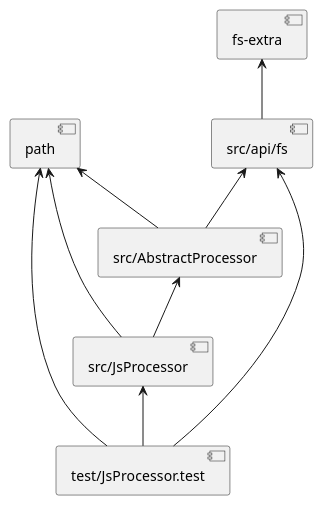
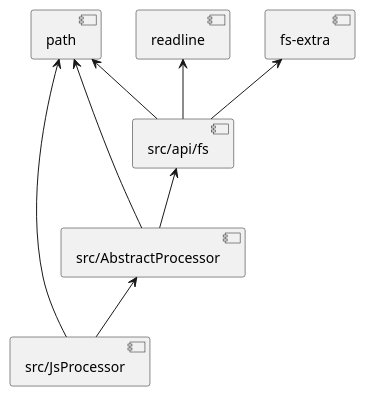
One commit to ljquan/gen-structure changed the first of 3 diagrams in structure.md. Above: the diagram before and after it, drawn with PlantUML. The commit also changed other lines of this file and 3 other files, not shown here.

Commit message:
优化依赖图绘制

````diff
--- a/structure.md
+++ b/structure.md
@@ -2,12 +2,11 @@
 ```plantuml
 @startuml
-[test/JsProcessor.test] -up-> [src/JsProcessor]
+[src/api/fs] -up-> [fs-extra]
+[src/api/fs] -up-> [path]
+[src/api/fs] -up-> [readline]
+[src/AbstractProcessor] -up-> [src/api/fs]
+[src/AbstractProcessor] -up-> [path]
 [src/JsProcessor] -up-> [src/AbstractProcessor]
-[src/AbstractProcessor] -up-> [src/api/fs]
-[src/api/fs] -up-> [fs-extra]
-[src/AbstractProcessor] -up-> [path]
 [src/JsProcessor] -up-> [path]
-[test/JsProcessor.test] -up-> [path]
-[test/JsProcessor.test] -up-> [src/api/fs]
 @enduml
 ```
````
